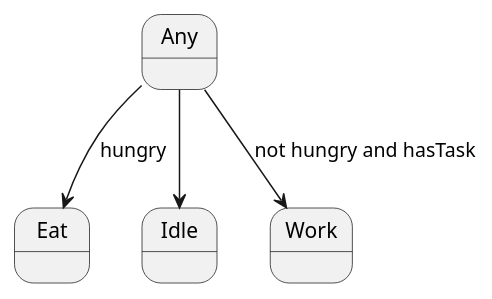
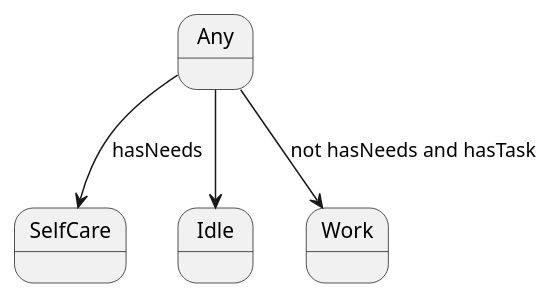
The diagram in Colony/Citizens/CitizenStateMachine.puml (minusrep/Pivo-UML), drawn with PlantUML before and after one commit. The commit also changed 4 other files, not shown here.

```diff
--- a/Colony/Citizens/CitizenStateMachine.puml
+++ b/Colony/Citizens/CitizenStateMachine.puml
@@ -1,12 +1,12 @@
 @startuml
 state Any
 
-state Eat
+state SelfCare
 
 state Idle
 
 Any --> Idle
-Any --> Work : not hungry and hasTask
-Any --> Eat : hungry
+Any --> Work : not hasNeeds and hasTask
+Any --> SelfCare : hasNeeds
 
 @enduml
```
